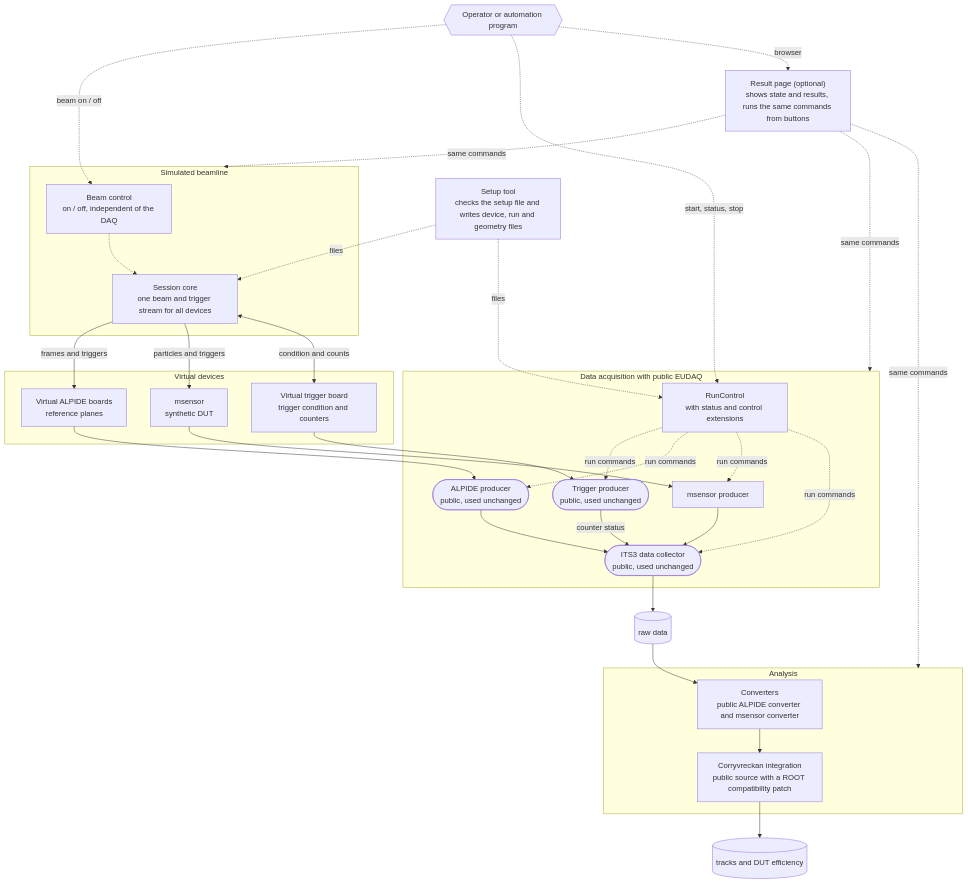
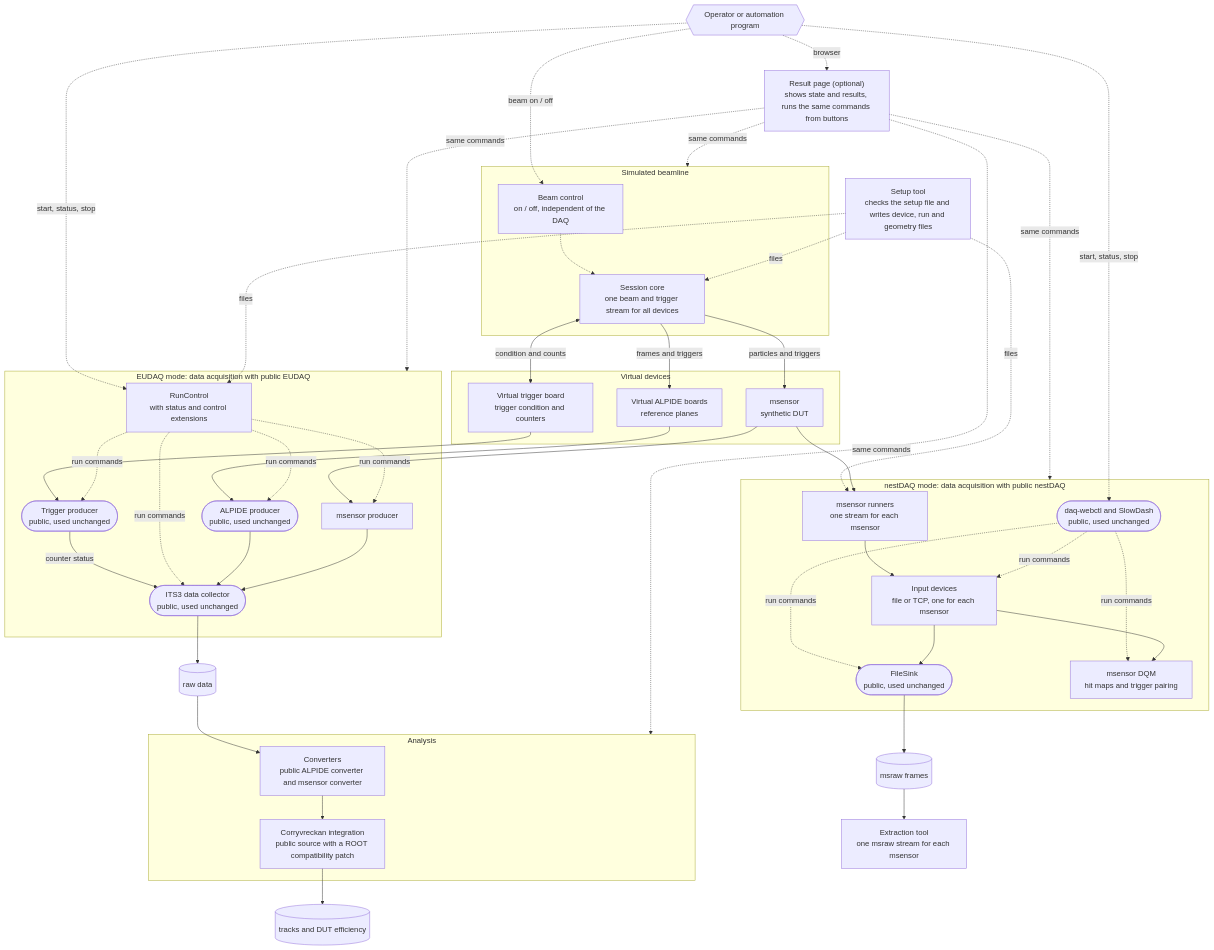
Before and after one commit to BongHwi/test-beam-sandbox: the diagram in README.md, drawn with Mermaid. The commit also changed other lines of this file and 86 other files, not shown here.

````diff
--- a/README.md
+++ b/README.md
@@ -161,7 +247,7 @@
         ms["msensor<br/>synthetic DUT"]
     end
 
-    subgraph DAQ["Data acquisition with public EUDAQ"]
+    subgraph DAQ["EUDAQ mode: data acquisition with public EUDAQ"]
         rc["RunControl<br/>with status and control extensions"]
         ap(["ALPIDE producer<br/>public, used unchanged"])
         mp["msensor producer"]
@@ -179,14 +265,28 @@
 
     res[("tracks and DUT efficiency")]
 
+    subgraph NDQ["nestDAQ mode: data acquisition with public nestDAQ"]
+        ru["msensor runners<br/>one stream for each msensor"]
+        src["Input devices<br/>file or TCP, one for each msensor"]
+        fs(["FileSink<br/>public, used unchanged"])
+        dqm["msensor DQM<br/>hit maps and trigger pairing"]
+        wc(["daq-webctl and SlowDash<br/>public, used unchanged"])
+    end
+
+    frames[("msraw frames")]
+    ext["Extraction tool<br/>one msraw stream for each msensor"]
+
     op -. "beam on / off" .-> bc
     op -. "start, status, stop" .-> rc
+    op -. "start, status, stop" .-> wc
     op -. "browser" .-> web
     web -. "same commands" .-> BEAM
     web -. "same commands" .-> DAQ
+    web -. "same commands" .-> NDQ
     web -. "same commands" .-> ANA
     lay -. "files" .-> core
     lay -. "files" .-> rc
+    lay -. "files" .-> ru
     core -- "frames and triggers" --> vb
     core -- "particles and triggers" --> ms
     core <-- "condition and counts" --> tb
@@ -203,4 +303,13 @@
     dc --> raw
     raw --> conv
     corry --> res
+    ms --> ru
+    ru --> src
+    wc -. "run commands" .-> src
+    wc -. "run commands" .-> fs
+    wc -. "run commands" .-> dqm
+    src --> fs
+    src --> dqm
+    fs --> frames
+    frames --> ext
 ```
````
